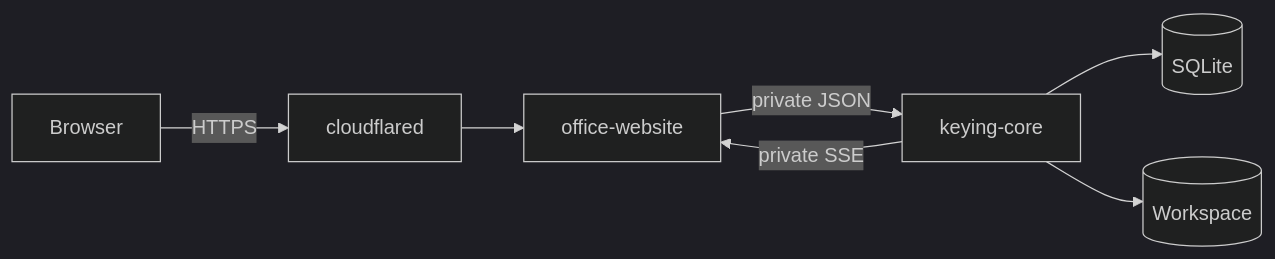
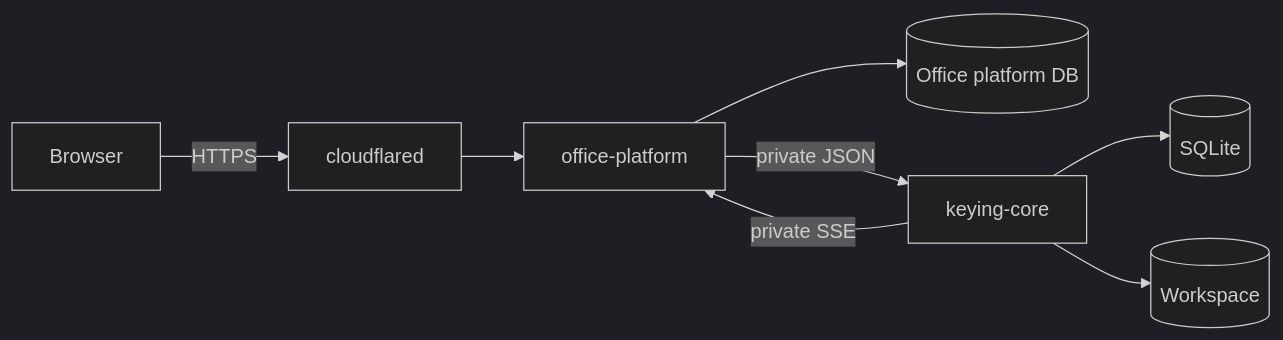
One commit to peerasak-u/ksk-keying changed the fourth of 5 diagrams in docs/plans/2026-08-06-keying-core-modular-monolith-plan.md. Above: the diagram before and after it, drawn with Mermaid (dark theme). The commit also changed other lines of this file and 2 other files, not shown here.

````diff
--- a/docs/plans/2026-08-06-keying-core-modular-monolith-plan.md
+++ b/docs/plans/2026-08-06-keying-core-modular-monolith-plan.md
@@ -144,9 +475,10 @@
 ```mermaid
 flowchart LR
   B[Browser] -->|HTTPS| CF[cloudflared]
-  CF --> WEB[office-website]
+  CF --> WEB[office-platform]
+  WEB --> PDB[(Office platform DB)]
   WEB -->|"private JSON"| CORE[keying-core]
   CORE -->|"private SSE"| WEB
   CORE --> DB[(SQLite)]
   CORE --> WS[(Workspace)]
 ```
````
